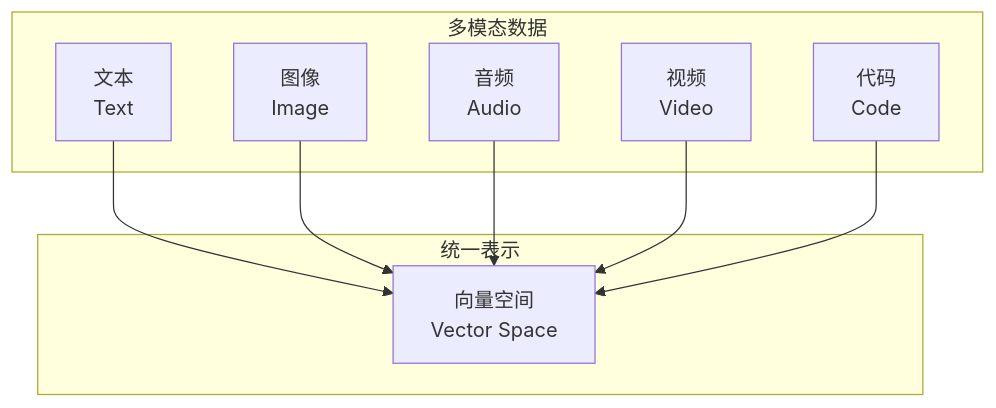
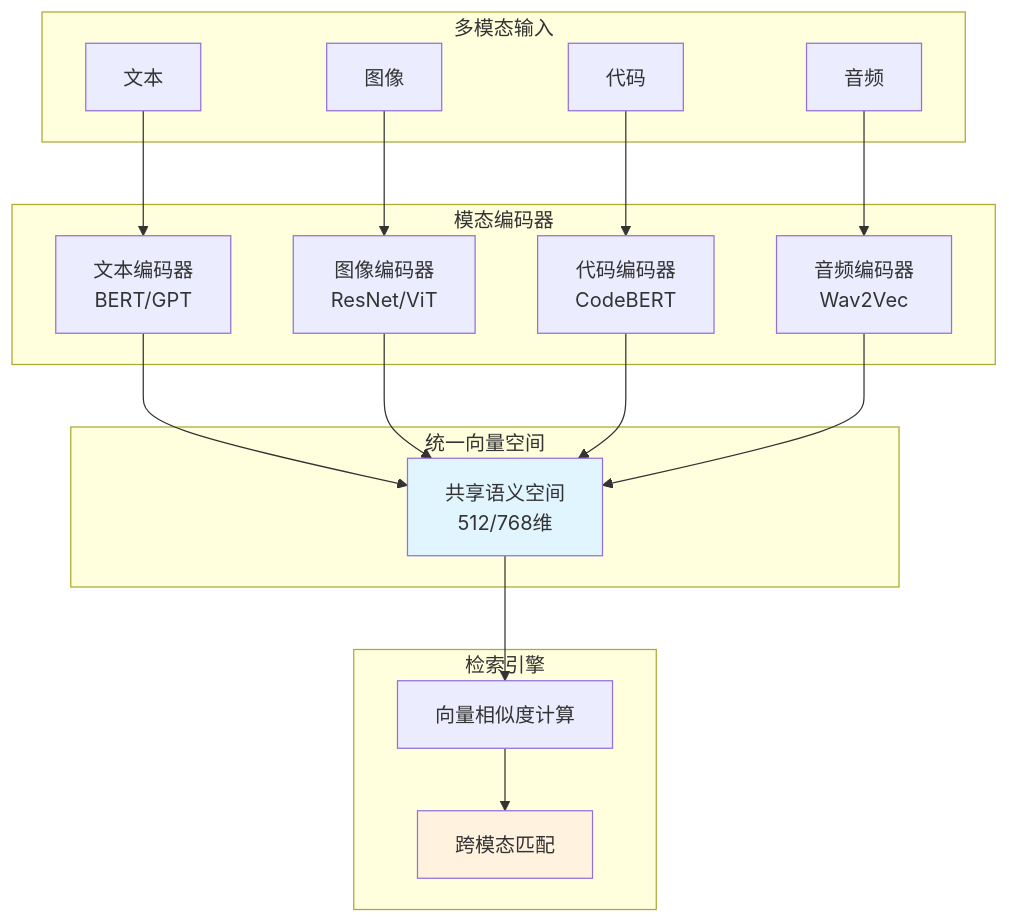
One commit to Leavesfly/TinyAI changed the diagram in book/part3-agents/chapter17-rag-system/17.4-multimodal-retrieval-text-image-and-code.md. Above: the diagram before and after it, drawn with Mermaid. The commit also changed other lines of this file and 40 other files, not shown here.

````diff
--- a/book/part3-agents/chapter17-rag-system/17.4-multimodal-retrieval-text-image-and-code.md
+++ b/book/part3-agents/chapter17-rag-system/17.4-multimodal-retrieval-text-image-and-code.md
@@ -33,20 +28,34 @@
 ```mermaid
 graph TB
-    subgraph "多模态数据"
-        A[文本<br/>Text]
-        B[图像<br/>Image]
-        C[音频<br/>Audio]
-        D[视频<br/>Video]
-        E[代码<br/>Code]
+    subgraph "多模态输入"
+        A1[文本]
+        A2[图像]
+        A3[代码]
+        A4[音频]
     end
     
-    subgraph "统一表示"
-        F[向量空间<br/>Vector Space]
+    subgraph "模态编码器"
+        B1[文本编码器<br/>BERT/GPT]
+        B2[图像编码器<br/>ResNet/ViT]
+        B3[代码编码器<br/>CodeBERT]
+        B4[音频编码器<br/>Wav2Vec]
     end
     
-    A --> F
-    B --> F
-    C --> F
-    D --> F
-    E --> F
+    subgraph "统一向量空间"
+        C[共享语义空间<br/>512/768维]
+    end
+    
+    subgraph "检索引擎"
+        D[向量相似度计算]
+        E[跨模态匹配]
+    end
+    
+    A1 --> B1 --> C
+    A2 --> B2 --> C
+    A3 --> B3 --> C
+    A4 --> B4 --> C
+    C --> D --> E
+    
+    style C fill:#e1f5ff
+    style E fill:#fff3e0
 ```
````
